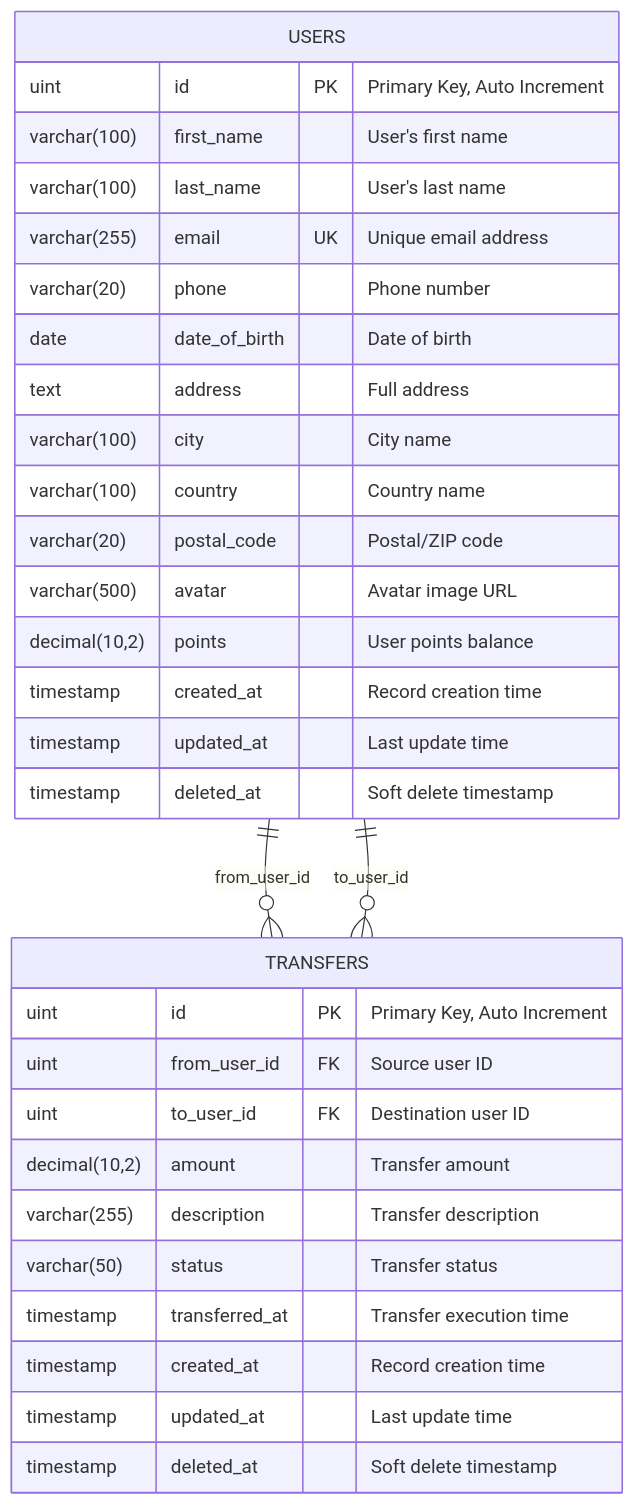
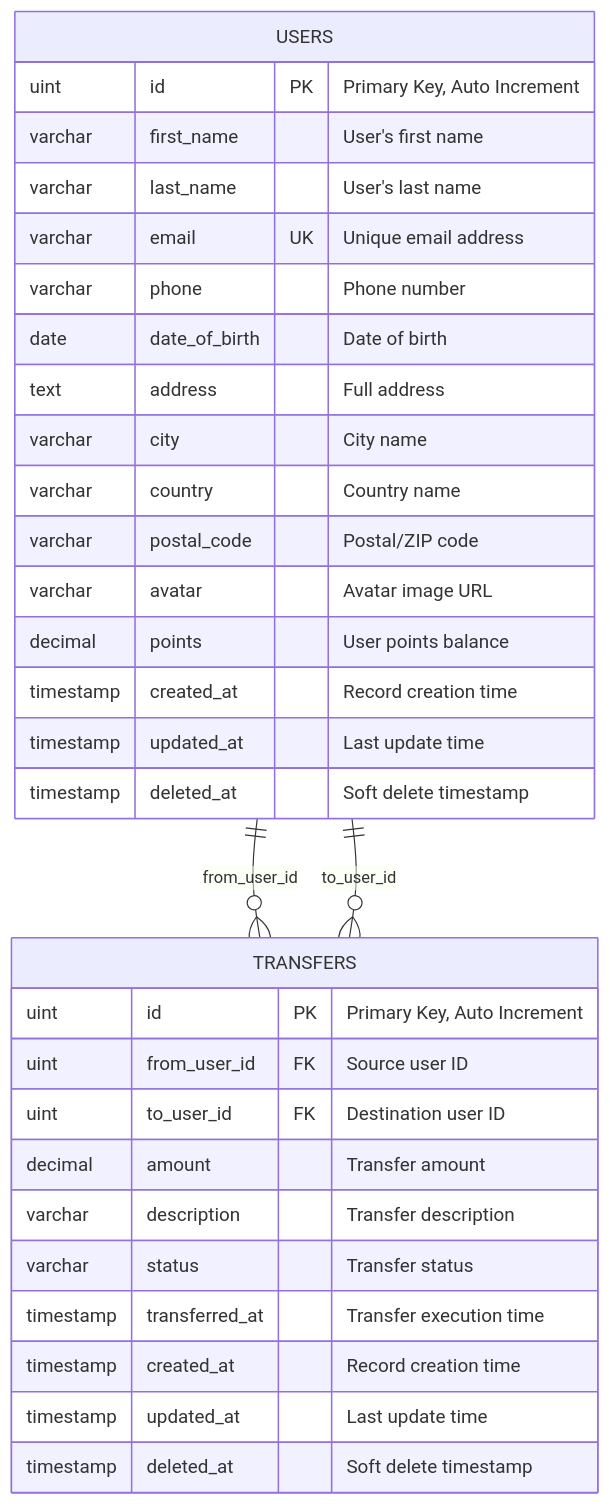
One commit to jsahachok/training-ai-nov-2025-temp-backend changed the diagram in database.md. Above: the diagram before and after it, drawn with Mermaid. The commit also changed other lines of this file, not shown here.

Commit message:
revise database mermaid

````diff
--- a/database.md
+++ b/database.md
@@ -8,36 +8,36 @@
 ```mermaid
 erDiagram
     USERS {
         uint id PK "Primary Key, Auto Increment"
-        varchar(100) first_name "User's first name"
-        varchar(100) last_name "User's last name"
-        varchar(255) email UK "Unique email address"
-        varchar(20) phone "Phone number"
+        varchar first_name "User's first name"
+        varchar last_name "User's last name"
+        varchar email UK "Unique email address"
+        varchar phone "Phone number"
         date date_of_birth "Date of birth"
         text address "Full address"
-        varchar(100) city "City name"
-        varchar(100) country "Country name"
-        varchar(20) postal_code "Postal/ZIP code"
-        varchar(500) avatar "Avatar image URL"
-        decimal(10,2) points "User points balance"
+        varchar city "City name"
+        varchar country "Country name"
+        varchar postal_code "Postal/ZIP code"
+        varchar avatar "Avatar image URL"
+        decimal points "User points balance"
         timestamp created_at "Record creation time"
         timestamp updated_at "Last update time"
         timestamp deleted_at "Soft delete timestamp"
     }
 
     TRANSFERS {
         uint id PK "Primary Key, Auto Increment"
         uint from_user_id FK "Source user ID"
         uint to_user_id FK "Destination user ID"
-        decimal(10,2) amount "Transfer amount"
-        varchar(255) description "Transfer description"
-        varchar(50) status "Transfer status"
+        decimal amount "Transfer amount"
+        varchar description "Transfer description"
+        varchar status "Transfer status"
         timestamp transferred_at "Transfer execution time"
         timestamp created_at "Record creation time"
         timestamp updated_at "Last update time"
         timestamp deleted_at "Soft delete timestamp"
     }
 
     USERS ||--o{ TRANSFERS : "from_user_id"
     USERS ||--o{ TRANSFERS : "to_user_id"
 ```
````
